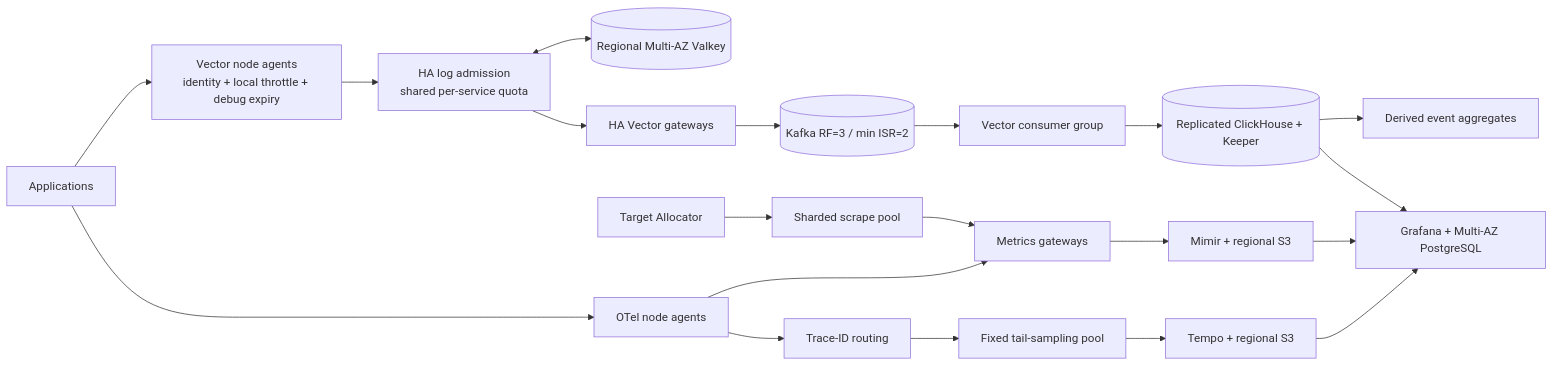
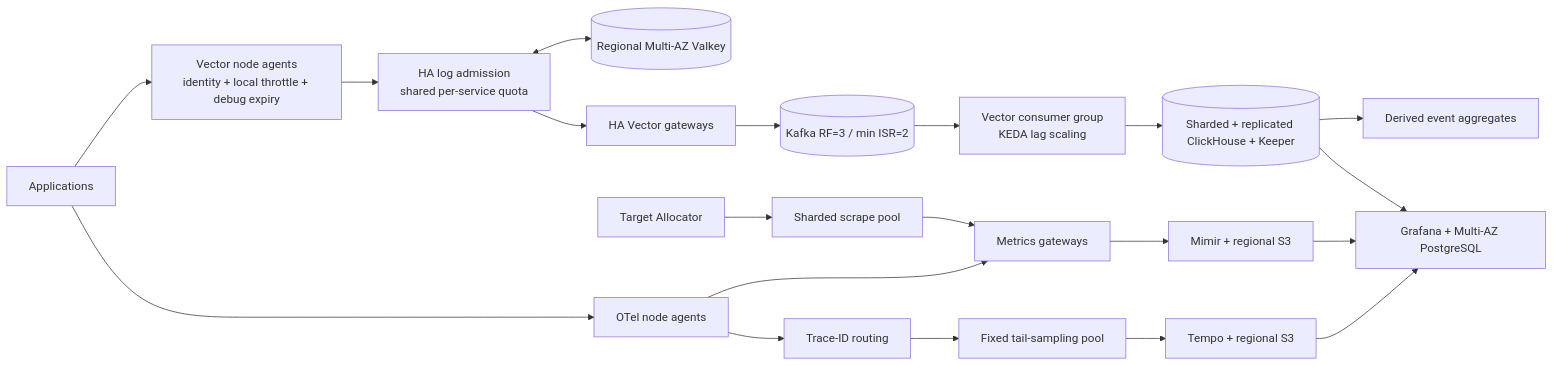
The diagram in README.md (decimalst/obs-model), drawn with Mermaid before and after one commit. The commit also changed other lines of this file and 46 other files, not shown here.

````diff
--- a/README.md
+++ b/README.md
@@ -7,22 +7,22 @@
 ```mermaid
 flowchart LR
   Apps[Applications] --> VA[Vector node agents<br/>identity + local throttle + debug expiry]
   VA --> Q[HA log admission<br/>shared per-service quota]
   Q <--> R[(Regional Multi-AZ Valkey)]
   Q --> VG[HA Vector gateways]
   VG --> K[(Kafka RF=3 / min ISR=2)]
-  K --> VW[Vector consumer group]
-  VW --> CH[(Replicated ClickHouse + Keeper)]
+  K --> VW[Vector consumer group<br/>KEDA lag scaling]
+  VW --> CH[(Sharded + replicated ClickHouse + Keeper)]
   CH --> EV[Derived event aggregates]
   Apps --> OA[OTel node agents]
   TA[Target Allocator] --> SP[Sharded scrape pool]
   SP --> MG[Metrics gateways]
   OA --> MG
   MG --> M[Mimir + regional S3]
   OA --> RT[Trace-ID routing]
   RT --> TS[Fixed tail-sampling pool]
   TS --> T[Tempo + regional S3]
   CH --> G[Grafana + Multi-AZ PostgreSQL]
   M --> G
   T --> G
 ```
````
